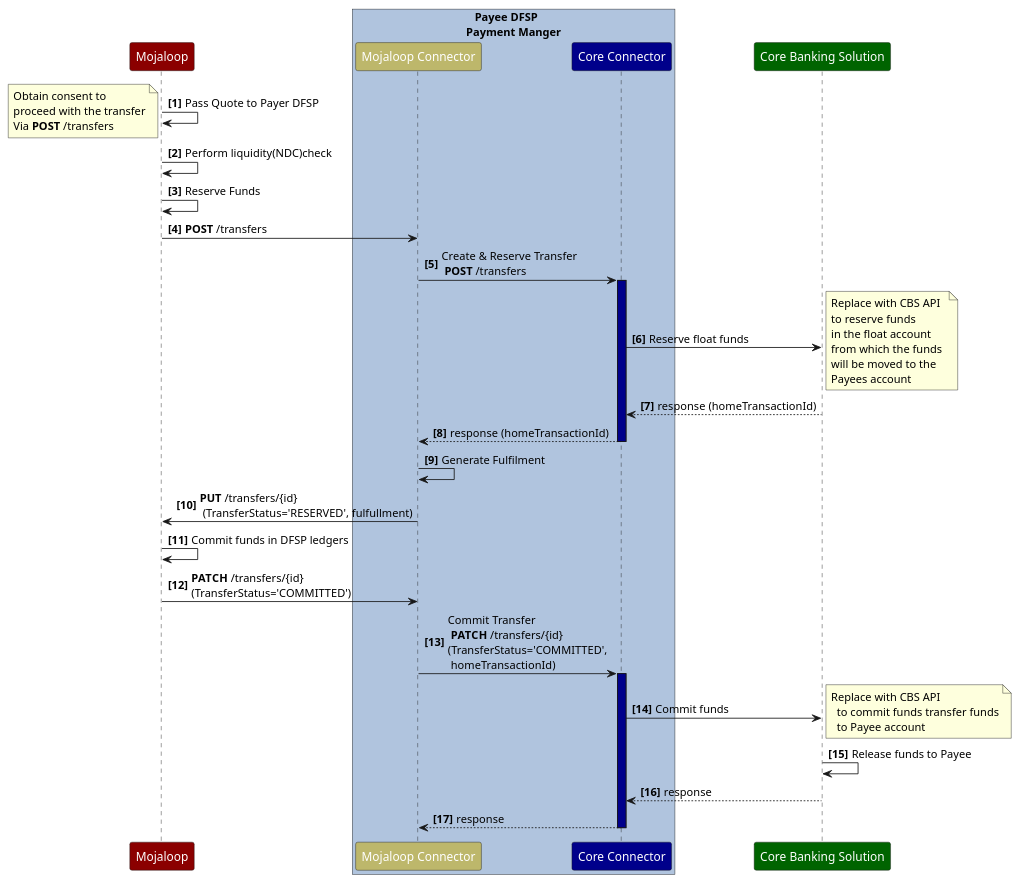
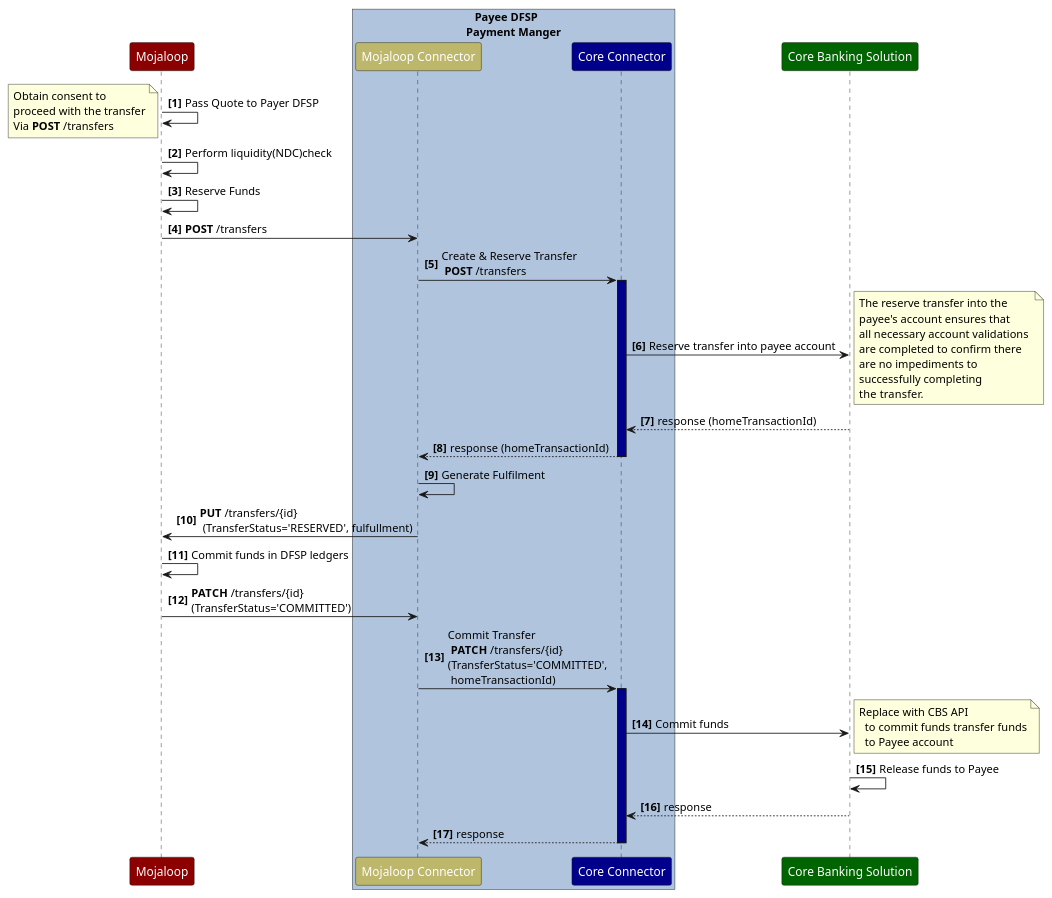
Before and after one commit to infitx-org/participation-tool-docs: the diagram in DesignSequenceDiagrams/PayeeDFSPIdealPatternTransfer.PlantUML, drawn with PlantUML. The commit also changed 43 other files, not shown here.

```diff
--- a/DesignSequenceDiagrams/PayeeDFSPIdealPatternTransfer.PlantUML
+++ b/DesignSequenceDiagrams/PayeeDFSPIdealPatternTransfer.PlantUML
@@ -1,61 +1,62 @@
 @startuml PayeeDFSPIdealPatternTransfer
 /'*****
 --------------
 ******'/
 
 ' declare title
 ' title PayeeDFSPIdealPatternTransfer
 ' declare actors
 skinparam participant {
   FontColor white
 }
 participant "Mojaloop" as Switch #DarkRed
 box "   Payee DFSP\nPayment Manger" #LightSteelBlue
   participant "Mojaloop Connector" as MC #DarkKhaki
   participant "Core Connector" as CC  #DarkBlue
 end box
 participant "Core Banking Solution" as CBS #DarkGreen
 
 autonumber 1 1 "<b>[0]"
 
 Switch->Switch: Pass Quote to Payer DFSP
 note left
 Obtain consent to 
 proceed with the transfer
 Via **POST** /transfers
 end note
     Switch-> Switch: Perform liquidity(NDC)check
     Switch->Switch: Reserve Funds
     Switch->MC: **POST** /transfers
     MC->CC: Create & Reserve Transfer\n **POST** /transfers 
     activate CC #DarkBlue
-    CC->CBS: Reserve float funds 
+    CC->CBS: Reserve transfer into payee account 
 note right 
-  Replace with CBS API
-  to reserve funds 
-  in the float account 
-  from which the funds 
-  will be moved to the 
-  Payees account
+  The reserve transfer into the 
+  payee's account ensures that 
+  all necessary account validations 
+  are completed to confirm there 
+  are no impediments to 
+  successfully completing 
+  the transfer.
 end note
     CBS-->CC: response (homeTransactionId)
     CC-->MC: response (homeTransactionId)
     deactivate CC
     MC->MC: Generate Fulfilment
     MC->Switch: **PUT** /transfers/{id}\n (TransferStatus='RESERVED', fulfullment)
     Switch->Switch: Commit funds in DFSP ledgers
     Switch->MC: **PATCH** /transfers/{id} \n(TransferStatus='COMMITTED')
     MC->CC: Commit Transfer\n **PATCH** /transfers/{id} \n(TransferStatus='COMMITTED',\n homeTransactionId) 
     activate CC #DarkBlue
     CC->CBS: Commit funds 
 note right 
   Replace with CBS API
     to commit funds transfer funds
     to Payee account
 end note
     CBS->CBS: Release funds to Payee 
     CBS-->CC: response
     CC-->MC: response
     deactivate CC
 
 @enduml
```
